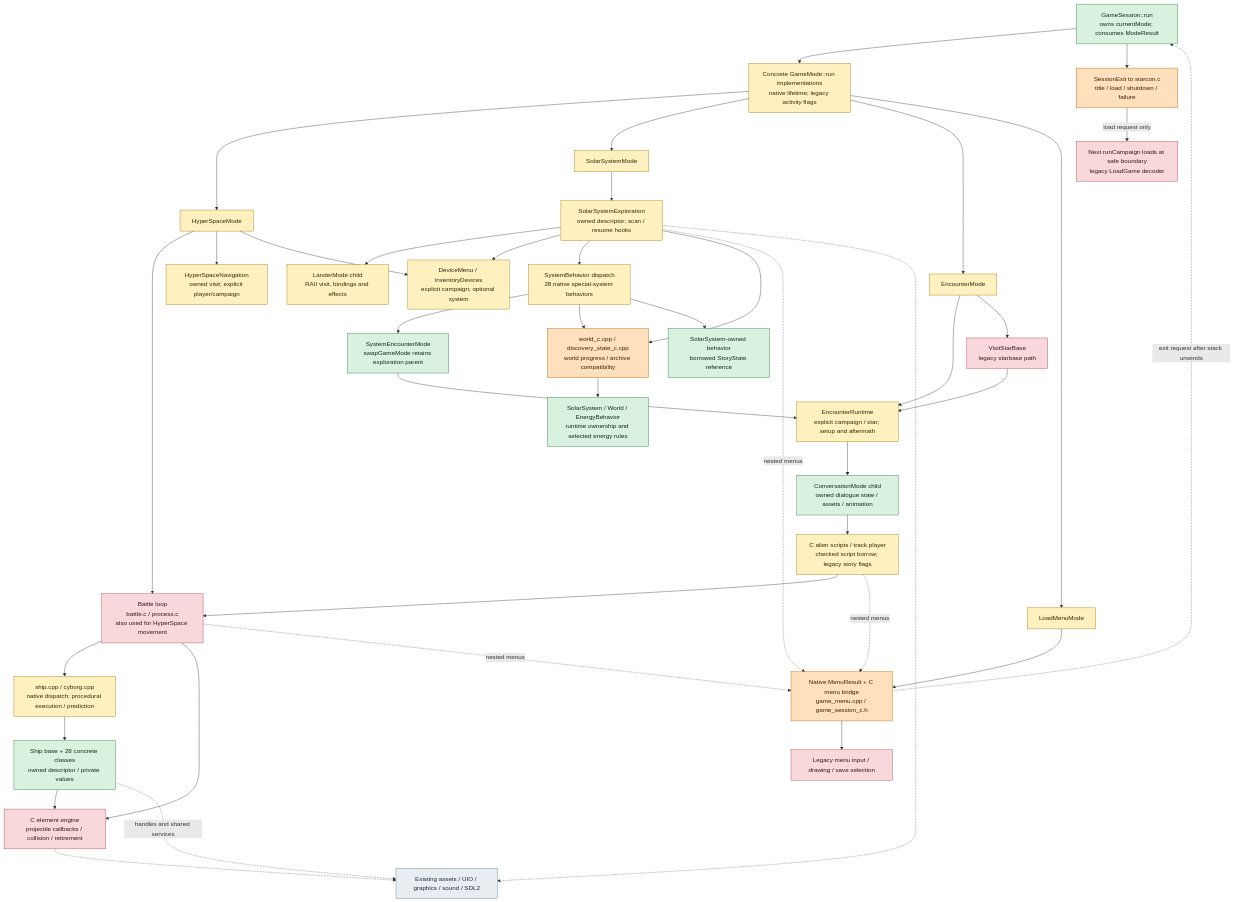
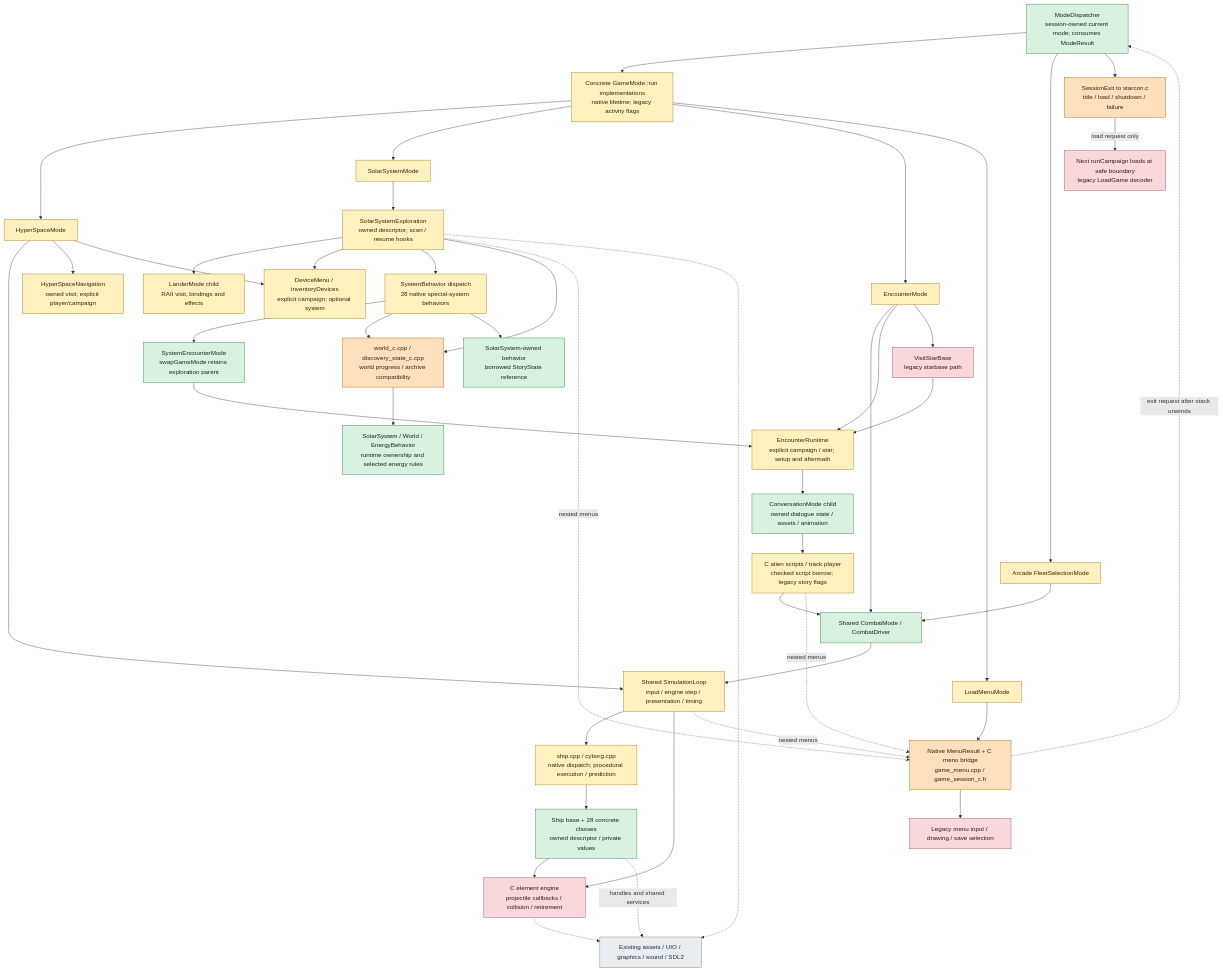
One commit to yost-jacob/uqm-cpp17 changed the first of 3 diagrams in docs/design/runtime-map.md. Above: the diagram before and after it, drawn with Mermaid. The commit also changed other lines of this file and 28 other files, not shown here.

Commit message:
Replace the C battle driver with native orchestration and frame loop

````diff
--- a/docs/design/runtime-map.md
+++ b/docs/design/runtime-map.md
@@ -20,55 +20,59 @@
 ```mermaid
 flowchart TD
-    D["GameSession::run<br/>owns currentMode; consumes ModeResult"]:::native
+    D["ModeDispatcher<br/>session-owned current mode; consumes ModeResult"]:::native
     M["Concrete GameMode::run implementations<br/>native lifetime; legacy activity flags"]:::mixed
     D --> M
     M --> H["HyperSpaceMode"]:::mixed
     M --> S["SolarSystemMode"]:::mixed
     M --> E["EncounterMode"]:::mixed
     M --> O["LoadMenuMode"]:::mixed
 
-    H --> B["Battle loop<br/>battle.c / process.c<br/>also used for HyperSpace movement"]:::legacy
+    H --> B["Shared SimulationLoop<br/>input / engine step / presentation / timing"]:::mixed
+    D --> FS["Arcade FleetSelectionMode"]:::mixed
+    FS --> CM["Shared CombatMode / CombatDriver"]:::native
+    E --> CM
+    CM --> B
     H --> HP["HyperSpaceNavigation<br/>owned visit; explicit player/campaign"]:::mixed
     S --> EX["SolarSystemExploration<br/>owned descriptor; scan / resume hooks"]:::mixed
     EX --> LM["LanderMode child<br/>RAII visit, bindings and effects"]:::mixed
     E --> ER["EncounterRuntime<br/>explicit campaign / star; setup and aftermath"]:::mixed
     ER --> CV["ConversationMode child<br/>owned dialogue state / assets / animation"]:::native
     CV --> EC["C alien scripts / track player<br/>checked script borrow; legacy story flags"]:::mixed
     E --> BASE["VisitStarBase<br/>legacy starbase path"]:::legacy
     BASE --> ER
     H --> DEV["DeviceMenu / inventoryDevices<br/>explicit campaign; optional system"]:::mixed
     EX --> DEV
-    EC --> B
+    EC --> CM
 
     B --> SE["ship.cpp / cyborg.cpp<br/>native dispatch; procedural execution / prediction"]:::mixed
     SE --> SH["Ship base + 28 concrete classes<br/>owned descriptor / private values"]:::native
     SH --> EL["C element engine<br/>projectile callbacks / collision / retirement"]:::legacy
     B --> EL
 
     EX --> GEN["SystemBehavior dispatch<br/>28 native special-system behaviors"]:::mixed
     EX --> WA["world_c.cpp / discovery_state_c.cpp<br/>world progress / archive compatibility"]:::adapter
     GEN --> CHILD["SystemEncounterMode<br/>swapGameMode retains exploration parent"]:::native
     CHILD --> ER
     GEN --> WA
     GEN --> SB["SolarSystem-owned behavior<br/>borrowed StoryState reference"]:::native
     WA --> WO["SolarSystem / World / EnergyBehavior<br/>runtime ownership and selected energy rules"]:::native
 
     O --> MN["Native MenuResult + C menu bridge<br/>game_menu.cpp / game_session_c.h"]:::adapter
     B -. nested menus .-> MN
     EX -. nested menus .-> MN
     EC -. nested menus .-> MN
     MN --> UI["Legacy menu input / drawing / save selection"]:::legacy
     MN -. exit request after stack unwinds .-> D
     D --> EXIT["SessionExit to starcon.c<br/>title / load / shutdown / failure"]:::adapter
     EXIT -->|load request only| LOAD["Next runCampaign loads at safe boundary<br/>legacy LoadGame decoder"]:::legacy
 
     SH -. handles and shared services .-> RES["Existing assets / UIO / graphics / sound / SDL2"]:::foundation
     EL -.-> RES
     EX -.-> RES
 
     classDef native fill:#d9f2df,stroke:#27783d,color:#102a17;
     classDef mixed fill:#fff1bf,stroke:#9a7400,color:#342700;
     classDef adapter fill:#ffe0bd,stroke:#af5c00,color:#3c2100;
     classDef legacy fill:#f8d8da,stroke:#a43f48,color:#3b1419;
     classDef foundation fill:#e8edf2,stroke:#667582,color:#1e2933;
 ```
````
